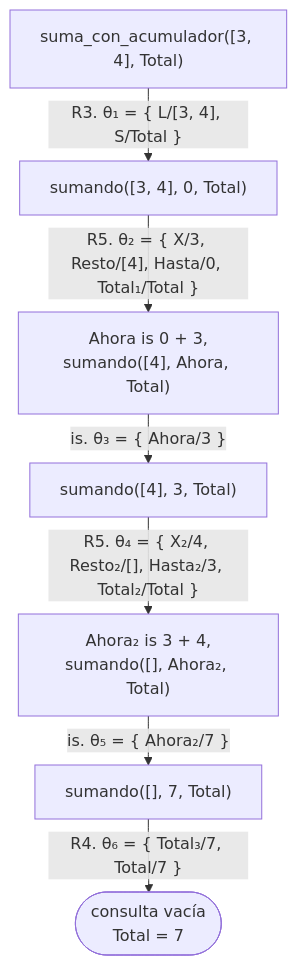
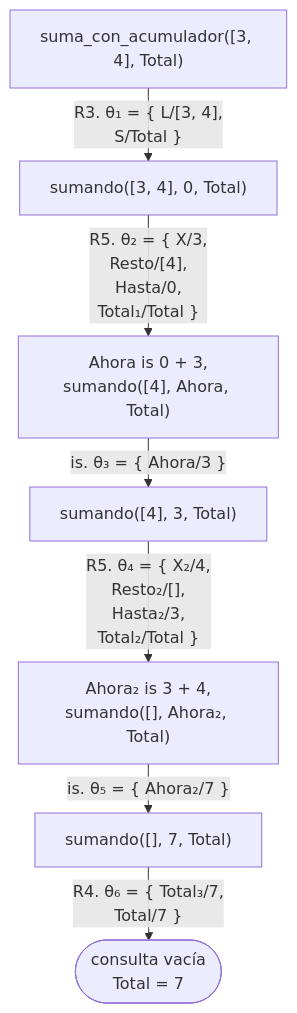
The seventh of 8 diagrams in docs/capitulo-08-aritmetica/index.md (CesarBallardini/curso-de-prolog), drawn with Mermaid before and after one commit. The commit also changed other lines of this file and 24 other files, not shown here.

First line of the commit message:
feat(docs): botones para ocultar las columnas laterales y etiquetas cortas en los diagramas

````diff
--- a/docs/capitulo-08-aritmetica/index.md
+++ b/docs/capitulo-08-aritmetica/index.md
@@ -528,10 +528,10 @@
 ```mermaid
 %%{init: {"flowchart": {"rankSpacing": 25}}}%%
 flowchart TD
-    A["suma_con_acumulador([3, 4], Total)"] -- "R3. θ₁ = {&nbsp;L/[3, 4], S/Total&nbsp;}" --> B["sumando([3, 4], 0, Total)"]
-    B -- "R5. θ₂ = {&nbsp;X/3, Resto/[4], Hasta/0, Total₁/Total&nbsp;}" --> C["Ahora is 0 + 3,<br/>sumando([4], Ahora, Total)"]
+    A["suma_con_acumulador([3, 4], Total)"] -- "R3. θ₁ = {&nbsp;L/[3, 4],<br/>S/Total&nbsp;}" --> B["sumando([3, 4], 0, Total)"]
+    B -- "R5. θ₂ = {&nbsp;X/3,<br/>Resto/[4],<br/>Hasta/0,<br/>Total₁/Total&nbsp;}" --> C["Ahora is 0 + 3,<br/>sumando([4], Ahora, Total)"]
     C -- "is. θ₃ = {&nbsp;Ahora/3&nbsp;}" --> D["sumando([4], 3, Total)"]
-    D -- "R5. θ₄ = {&nbsp;X₂/4, Resto₂/[], Hasta₂/3, Total₂/Total&nbsp;}" --> E["Ahora₂ is 3 + 4,<br/>sumando([], Ahora₂, Total)"]
+    D -- "R5. θ₄ = {&nbsp;X₂/4,<br/>Resto₂/[],<br/>Hasta₂/3,<br/>Total₂/Total&nbsp;}" --> E["Ahora₂ is 3 + 4,<br/>sumando([], Ahora₂, Total)"]
     E -- "is. θ₅ = {&nbsp;Ahora₂/7&nbsp;}" --> F["sumando([], 7, Total)"]
-    F -- "R4. θ₆ = {&nbsp;Total₃/7, Total/7&nbsp;}" --> S(["consulta vacía<br/>Total = 7"])
+    F -- "R4. θ₆ = {&nbsp;Total₃/7,<br/>Total/7&nbsp;}" --> S(["consulta vacía<br/>Total = 7"])
 ```
````
